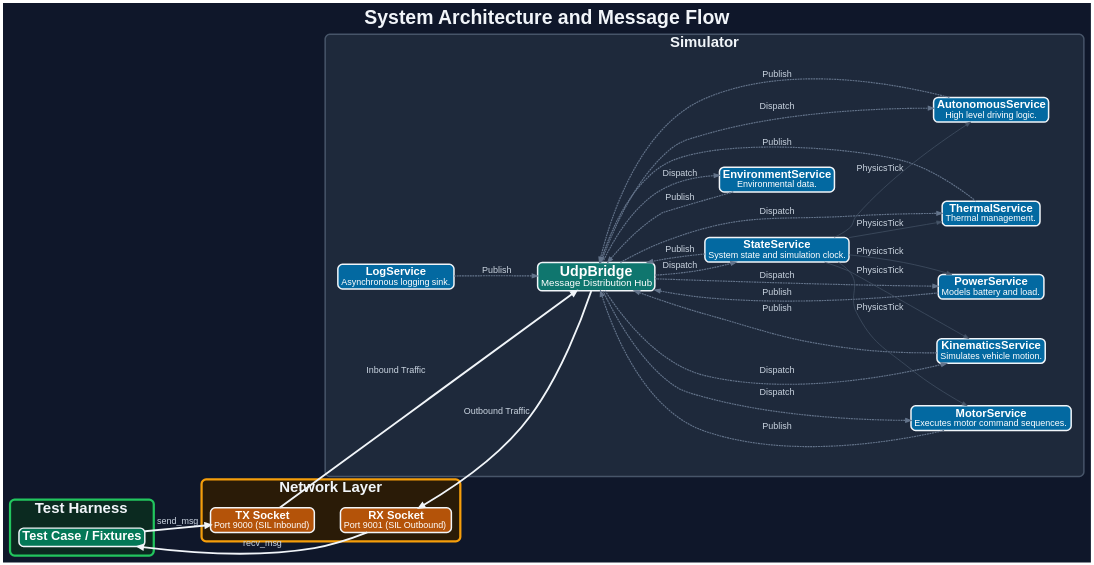
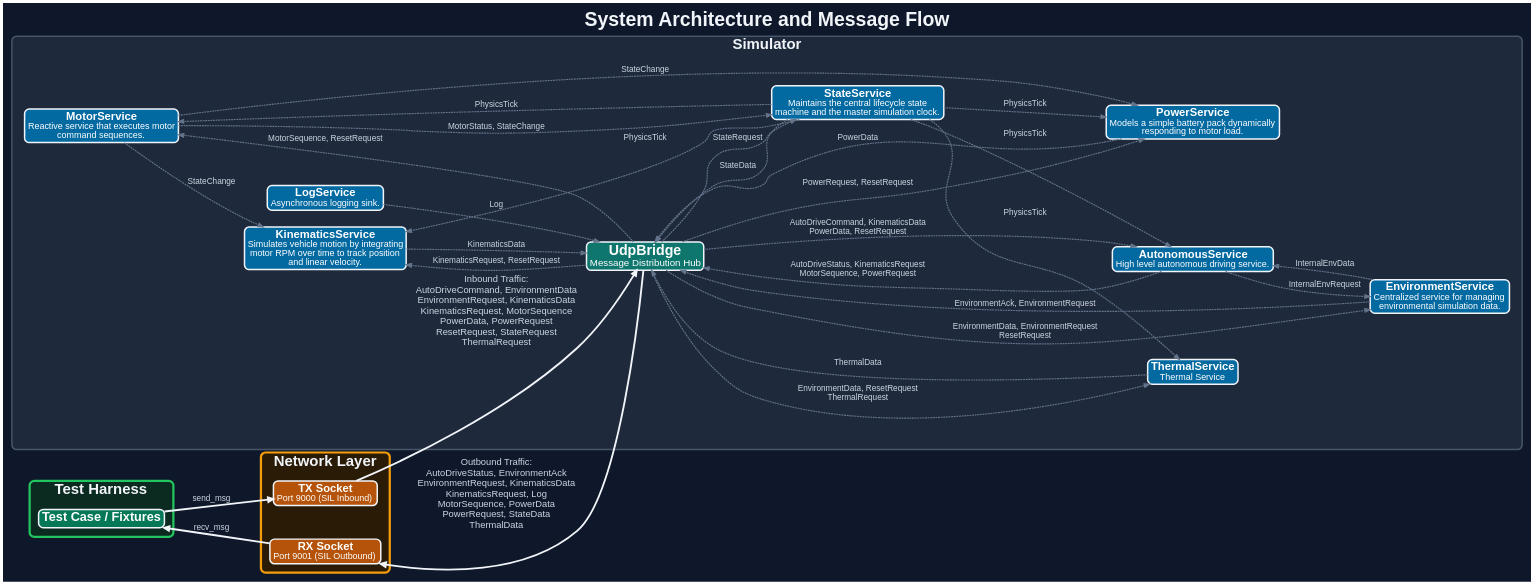
One commit to AxelBjork/reflect_pytest changed the diagram in doc/ipc_flow.dot. Above: the diagram before and after it, drawn with Graphviz. The commit also changed 4 other files, not shown here.

```diff
--- a/doc/ipc_flow.dot
+++ b/doc/ipc_flow.dot
@@ -1,150 +1,159 @@
 digraph IPC {
   rankdir=LR;
   bgcolor="#0F172A";
-  pad=0.15;
-  // Slightly increase vertical separation (rankdir=LR => nodesep affects vertical spacing)
-  nodesep=0.45;
-  ranksep=0.55;
+  pad=0.22;
+  nodesep=0.62;
+  ranksep=0.70;
   splines=spline;
+  remincross=true;
 
   fontname="Helvetica,Arial,sans-serif";
   fontsize=52;
   fontcolor="#F1F5F9";
   label=<<B>System Architecture and Message Flow</B>>;
   labelloc="t";
 
   node [
     fontname="Helvetica,Arial,sans-serif",
     shape=rect,
     style="filled,rounded",
     fixedsize=false,
     margin="0.12,0.08",
     fontsize=28,
     fontcolor="#FFFFFF",
     penwidth=4,
     color="#F1F5F9"
   ];
 
   edge [
     fontname="Helvetica,Arial,sans-serif",
-    fontsize=24,
+    fontsize=22,
     fontcolor="#CBD5E1",
     color="#64748B",
     penwidth=3.0,
     arrowsize=1.4,
     labelfloat=false,
     labeldistance=0.8,
-    labelangle=20
+    labelangle=10
   ];
 
   // --- Simulator ---
   subgraph cluster_sim {
     label=<<B><FONT POINT-SIZE="40">Simulator</FONT></B>>;
     fontcolor="#F1F5F9";
     style="rounded,filled";
     color="#475569";
     penwidth=4;
     fillcolor="#1E293B";
     margin=34;
-
+    MotorService [
+      fillcolor="#0369A1",
+      label=<<B><FONT POINT-SIZE="30">MotorService</FONT></B><BR/><FONT POINT-SIZE="24">Reactive service that executes motor<BR/>command sequences.</FONT>>
+    ];
+    KinematicsService [
+      fillcolor="#0369A1",
+      label=<<B><FONT POINT-SIZE="30">KinematicsService</FONT></B><BR/><FONT POINT-SIZE="24">Simulates vehicle motion by integrating<BR/>motor RPM over time to track position<BR/>and linear velocity.</FONT>>
+    ];
+    PowerService [
+      fillcolor="#0369A1",
+      label=<<B><FONT POINT-SIZE="30">PowerService</FONT></B><BR/><FONT POINT-SIZE="24">Models a simple battery pack dynamically<BR/>responding to motor load.</FONT>>
+    ];
+    StateService [
+      fillcolor="#0369A1",
+      label=<<B><FONT POINT-SIZE="30">StateService</FONT></B><BR/><FONT POINT-SIZE="24">Maintains the central lifecycle state<BR/>machine and the master simulation clock.</FONT>>
+    ];
+    ThermalService [
+      fillcolor="#0369A1",
+      label=<<B><FONT POINT-SIZE="30">ThermalService</FONT></B><BR/><FONT POINT-SIZE="24">Thermal Service</FONT>>
+    ];
+    EnvironmentService [
+      fillcolor="#0369A1",
+      label=<<B><FONT POINT-SIZE="30">EnvironmentService</FONT></B><BR/><FONT POINT-SIZE="24">Centralized service for managing<BR/>environmental simulation data.</FONT>>
+    ];
+    AutonomousService [
+      fillcolor="#0369A1",
+      label=<<B><FONT POINT-SIZE="30">AutonomousService</FONT></B><BR/><FONT POINT-SIZE="24">High level autonomous driving service.</FONT>>
+    ];
     LogService [
       fillcolor="#0369A1",
       label=<<B><FONT POINT-SIZE="30">LogService</FONT></B><BR/><FONT POINT-SIZE="24">Asynchronous logging sink.</FONT>>
     ];
-
     UdpBridge [
       fillcolor="#0F766E",
       label=<<B><FONT POINT-SIZE="38">UdpBridge</FONT></B><BR/><FONT POINT-SIZE="26">Message Distribution Hub</FONT>>
     ];
-
-    MotorService [
-      fillcolor="#0369A1",
-      label=<<B><FONT POINT-SIZE="30">MotorService</FONT></B><BR/><FONT POINT-SIZE="24">Executes motor command sequences.</FONT>>
-    ];
-    KinematicsService [
-      fillcolor="#0369A1",
-      label=<<B><FONT POINT-SIZE="30">KinematicsService</FONT></B><BR/><FONT POINT-SIZE="24">Simulates vehicle motion.</FONT>>
-    ];
-    PowerService [
-      fillcolor="#0369A1",
-      label=<<B><FONT POINT-SIZE="30">PowerService</FONT></B><BR/><FONT POINT-SIZE="24">Models battery and load.</FONT>>
-    ];
-    StateService [
-      fillcolor="#0369A1",
-      label=<<B><FONT POINT-SIZE="30">StateService</FONT></B><BR/><FONT POINT-SIZE="24">System state and simulation clock.</FONT>>
-    ];
-    ThermalService [
-      fillcolor="#0369A1",
-      label=<<B><FONT POINT-SIZE="30">ThermalService</FONT></B><BR/><FONT POINT-SIZE="24">Thermal management.</FONT>>
-    ];
-    EnvironmentService [
-      fillcolor="#0369A1",
-      label=<<B><FONT POINT-SIZE="30">EnvironmentService</FONT></B><BR/><FONT POINT-SIZE="24">Environmental data.</FONT>>
-    ];
-    AutonomousService [
-      fillcolor="#0369A1",
-      label=<<B><FONT POINT-SIZE="30">AutonomousService</FONT></B><BR/><FONT POINT-SIZE="24">High level driving logic.</FONT>>
-    ];
-
-    // Encourage LogService to sit left of the hub
-    LogService -> UdpBridge [style=invis, weight=10];
   }
 
   // --- Network Layer bounding box (TX/RX) ---
   subgraph cluster_sockets {
     label=<<B><FONT POINT-SIZE="40">Network Layer</FONT></B>>;
     fontcolor="#F1F5F9";
     style="rounded,filled";
     color="#F59E0B";
     penwidth=6;
     fillcolor="#2A1B07";
     margin=24;
 
+    { rank=same; TX; RX; }
+
     TX [
       fillcolor="#B45309",
       label=<<B><FONT POINT-SIZE="30">TX Socket</FONT></B><BR/><FONT POINT-SIZE="24">Port 9000 (SIL Inbound)</FONT>>
     ];
     RX [
       fillcolor="#B45309",
       label=<<B><FONT POINT-SIZE="30">RX Socket</FONT></B><BR/><FONT POINT-SIZE="24">Port 9001 (SIL Outbound)</FONT>>
     ];
 
-    // In rankdir=LR, this invisible edge nudges TX above RX (reduces edge crossings).
-    TX -> RX [style=invis, weight=50];
+    TX -> RX [style=invis, weight=50, constraint=false];
   }
 
   // --- Test Harness bounding box ---
   subgraph cluster_fixtures {
     label=<<B><FONT POINT-SIZE="40">Test Harness</FONT></B>>;
     fontcolor="#F1F5F9";
     style="rounded,filled";
     color="#22C55E";
     penwidth=6;
     fillcolor="#0B2A20";
     margin=24;
 
     TestCase [
       fillcolor="#047857",
       label=<<B><FONT POINT-SIZE="34">Test Case / Fixtures</FONT></B>>
     ];
   }
 
-  // Flow: Test Harness -> Network -> Simulator
   TestCase -> TX [label="send_msg", color="#F1F5F9", penwidth=5];
-  TX -> UdpBridge [label="Inbound Traffic", color="#F1F5F9", penwidth=5];
+  TX -> UdpBridge [label="Inbound Traffic:\nAutoDriveCommand, EnvironmentData\nEnvironmentRequest, KinematicsData\nKinematicsRequest, MotorSequence\nPowerData, PowerRequest\nResetRequest, StateRequest\nThermalRequest", color="#F1F5F9", penwidth=5, fontsize=25];
 
   // Internal Simulator Logic
-  UdpBridge -> {MotorService KinematicsService PowerService ThermalService EnvironmentService AutonomousService StateService} [label="Dispatch", style=dashed];
-  {MotorService KinematicsService PowerService ThermalService EnvironmentService AutonomousService StateService} -> UdpBridge [label="Publish", style=dashed];
-
-  // Logging is publish-only
-  LogService -> UdpBridge [label="Publish", style=dashed];
-
-  StateService -> {MotorService KinematicsService PowerService ThermalService AutonomousService} [label="PhysicsTick", color="#475569", penwidth=1.8];
+  AutonomousService -> EnvironmentService [label="InternalEnvRequest", style=dashed];
+  AutonomousService -> UdpBridge [label="AutoDriveStatus, KinematicsRequest\nMotorSequence, PowerRequest", style=dashed];
+  EnvironmentService -> AutonomousService [label="InternalEnvData", style=dashed];
+  EnvironmentService -> UdpBridge [label="EnvironmentAck, EnvironmentRequest", style=dashed];
+  KinematicsService -> UdpBridge [label="KinematicsData", style=dashed];
+  LogService -> UdpBridge [label="Log", style=dashed];
+  MotorService -> KinematicsService [label="StateChange", style=dashed];
+  MotorService -> PowerService [label="StateChange", style=dashed];
+  MotorService -> StateService [label="MotorStatus, StateChange", style=dashed];
+  PowerService -> UdpBridge [label="PowerData", style=dashed];
+  StateService -> AutonomousService [label="PhysicsTick", style=dashed];
+  StateService -> KinematicsService [label="PhysicsTick", style=dashed];
+  StateService -> MotorService [label="PhysicsTick", style=dashed];
+  StateService -> PowerService [label="PhysicsTick", style=dashed];
+  StateService -> ThermalService [label="PhysicsTick", style=dashed];
+  StateService -> UdpBridge [label="StateData", style=dashed];
+  ThermalService -> UdpBridge [label="ThermalData", style=dashed];
+  UdpBridge -> AutonomousService [label="AutoDriveCommand, KinematicsData\nPowerData, ResetRequest", style=dashed];
+  UdpBridge -> EnvironmentService [label="EnvironmentData, EnvironmentRequest\nResetRequest", style=dashed];
+  UdpBridge -> KinematicsService [label="KinematicsRequest, ResetRequest", style=dashed];
+  UdpBridge -> MotorService [label="MotorSequence, ResetRequest", style=dashed];
+  UdpBridge -> PowerService [label="PowerRequest, ResetRequest", style=dashed];
+  UdpBridge -> StateService [label="StateRequest", style=dashed];
+  UdpBridge -> ThermalService [label="EnvironmentData, ResetRequest\nThermalRequest", style=dashed];
 
   // Flow: Simulator -> Network -> Test Harness
-  // Keep Test Harness on the left (rank constraint TestCase -> RX), while drawing the arrow
-  // from RX back into TestCase.
-  RX -> UdpBridge [label="Outbound Traffic", color="#F1F5F9", penwidth=5, dir=back, arrowtail=normal];
+  RX -> UdpBridge [label="Outbound Traffic:\nAutoDriveStatus, EnvironmentAck\nEnvironmentRequest, KinematicsData\nKinematicsRequest, Log\nMotorSequence, PowerData\nPowerRequest, StateData\nThermalData", color="#F1F5F9", penwidth=5, dir=back, fontsize=25, arrowtail=normal];
   TestCase -> RX [label="recv_msg", color="#F1F5F9", penwidth=5, dir=back, arrowtail=normal];
 }
```
